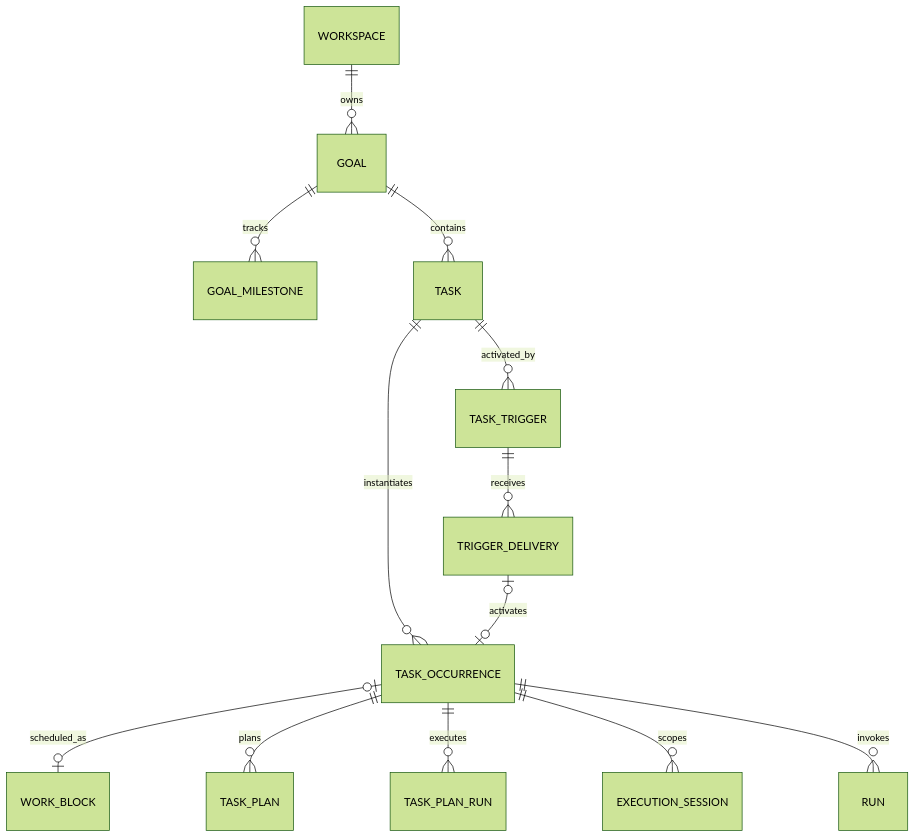
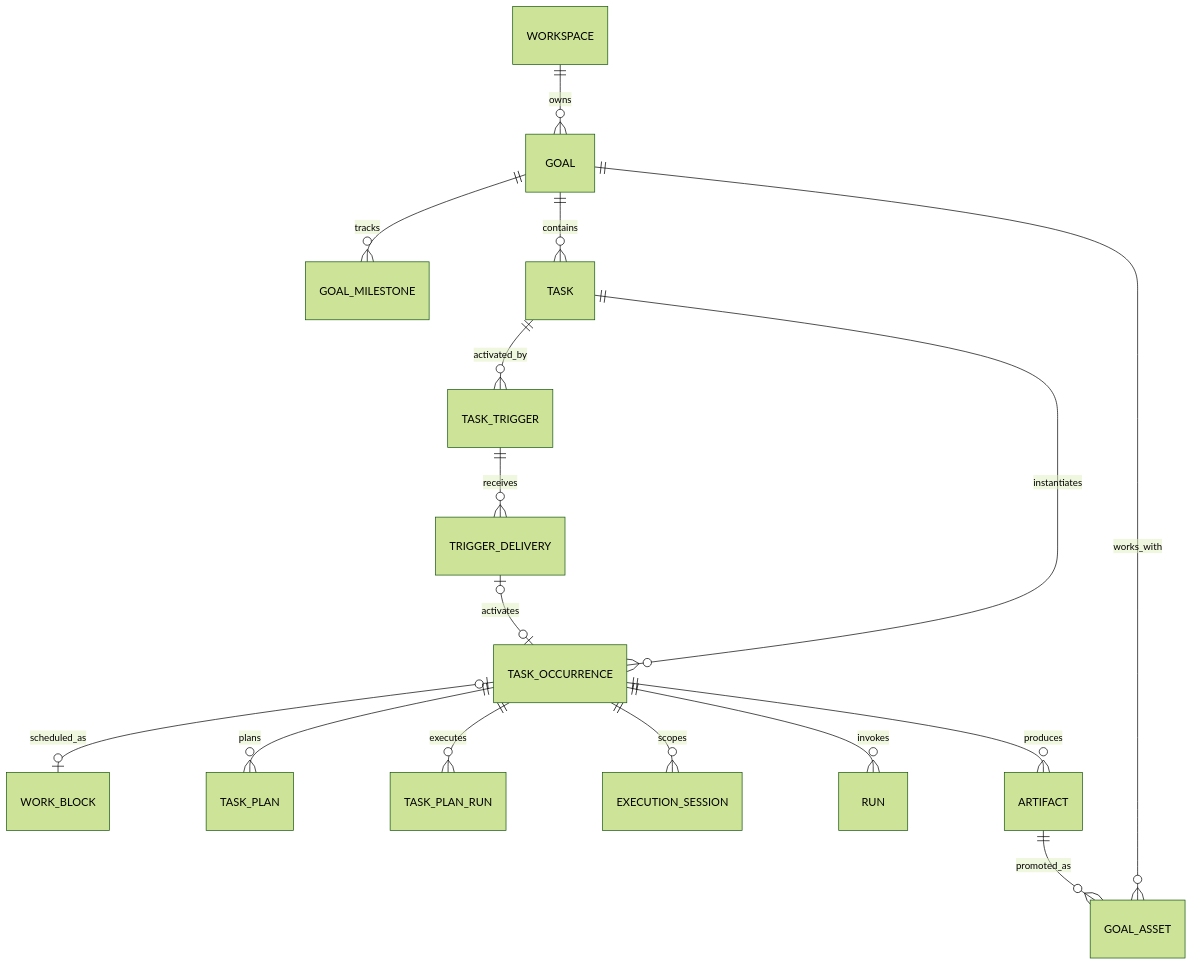
The first of 2 diagrams in docs/en/long-horizon-goals-and-triggers.md (saya-ashen/Chrona), drawn with Mermaid (forest theme) before and after one commit. The commit also changed other lines of this file and 13 other files, not shown here.

Commit message:
fix task result artifact persistence and review state

````diff
--- a/docs/en/long-horizon-goals-and-triggers.md
+++ b/docs/en/long-horizon-goals-and-triggers.md
@@ -82,15 +99,18 @@
 ```mermaid
 erDiagram
     WORKSPACE ||--o{ GOAL : owns
     GOAL ||--o{ GOAL_MILESTONE : tracks
     GOAL ||--o{ TASK : contains
+    GOAL ||--o{ GOAL_ASSET : works_with
     TASK ||--o{ TASK_TRIGGER : activated_by
     TASK ||--o{ TASK_OCCURRENCE : instantiates
     TASK_TRIGGER ||--o{ TRIGGER_DELIVERY : receives
     TRIGGER_DELIVERY o|--o| TASK_OCCURRENCE : activates
     TASK_OCCURRENCE o|--o| WORK_BLOCK : scheduled_as
     TASK_OCCURRENCE ||--o{ TASK_PLAN : plans
     TASK_OCCURRENCE ||--o{ TASK_PLAN_RUN : executes
     TASK_OCCURRENCE ||--o{ EXECUTION_SESSION : scopes
     TASK_OCCURRENCE ||--o{ RUN : invokes
+    TASK_OCCURRENCE ||--o{ ARTIFACT : produces
+    ARTIFACT ||--o{ GOAL_ASSET : promoted_as
 ```
````
